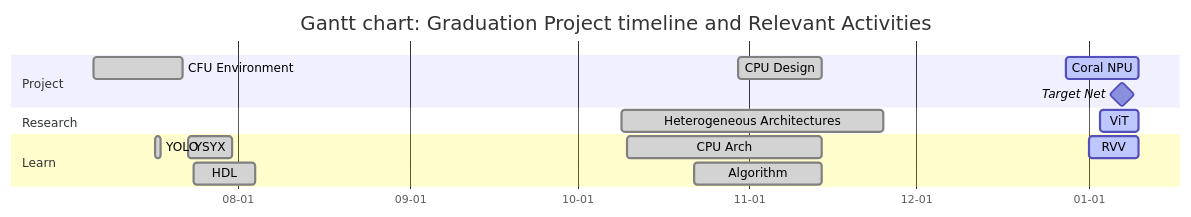
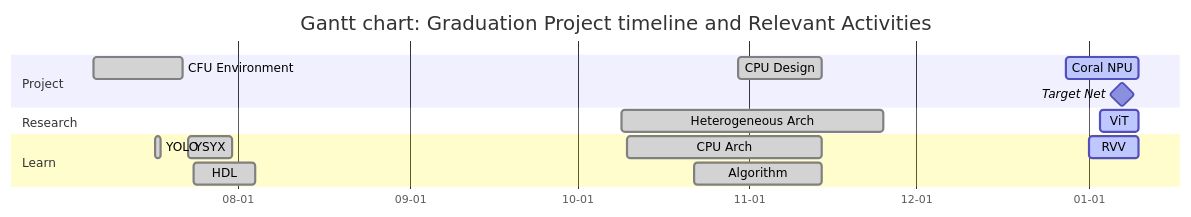
One commit to Marcobisky/Marcobisky.github.io changed the first of 3 diagrams in tinyml/index.qmd. Above: the diagram before and after it, drawn with Mermaid. The commit also changed 2 other files, not shown here.

Commit message:
Beautify log Gantt chart

````diff
--- a/tinyml/index.qmd
+++ b/tinyml/index.qmd
@@ -48,34 +48,34 @@
 ```{mermaid}
 ---
 displayMode: compact
 ---
 %%| label: fig-graduation-timeline
 %%| fig-cap: "Gantt Chart"
 %%| fig-width: 10
 %%| fig-height: 6
 
 gantt
     title Gantt chart: Graduation Project timeline and Relevant Activities
     dateFormat  YYYY-MM-DD
     axisFormat  %m-%d
     tickInterval 14d
 
     section Project
         CFU Environment :done, 2025-07-06, 2025-07-22
         CPU Design :done, 2025-10-30, 2025-11-14
         Coral NPU :active, 2025-12-28, 2026-01-10
         Target Net :milestone, 2026-01-07, 0d
 
     section Research
-        Heterogeneous Architectures :done, 2025-10-09, 2025-11-25
+        Heterogeneous Arch :done, 2025-10-09, 2025-11-25
         ViT :active, 2026-01-03, 2026-01-10
 
     section Learn
         YSYX :done, 2025-07-23, 2025-07-31
         HDL :done, 2025-07-24, 2025-08-04
         YOLO :done, 2025-07-17, 1d
         CPU Arch :done, 2025-10-10, 2025-11-14
         Algorithm :done, 2025-10-22, 2025-11-14
         RVV :active, 2026-01-01, 2026-01-10
 
 ```
````
